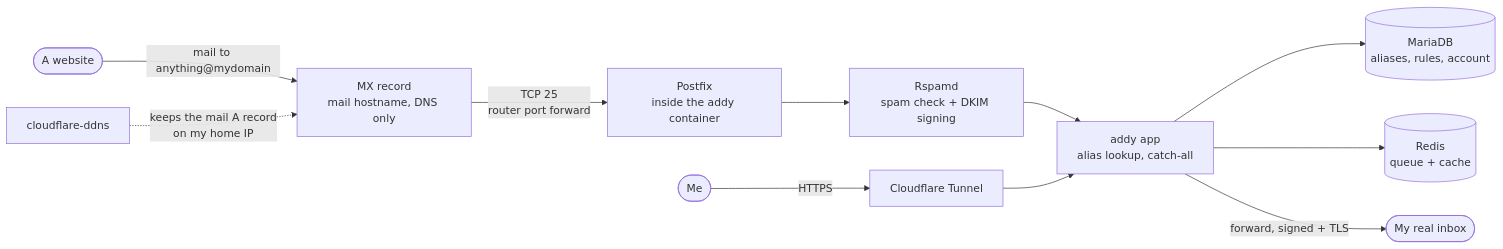
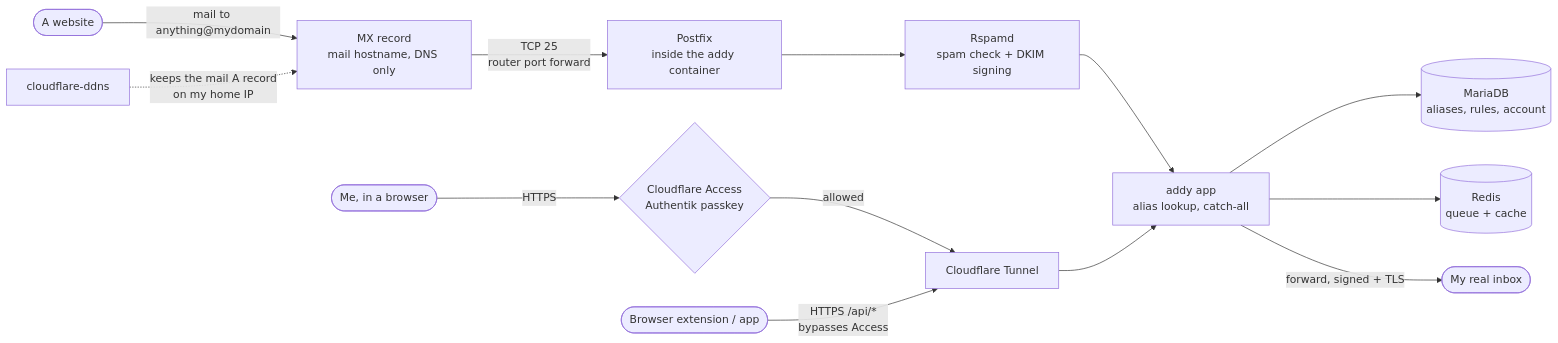
Before and after one commit to Shineori/homelab: the diagram in docs/services/addy.md, drawn with Mermaid. The commit also changed other lines of this file and 16 other files, not shown here.

First line of the commit message:
Backups: 3-2-1 done (PC + iCloud copy), Authentik backed up, 1-year retention; addy behind Cloudflare Access

````diff
--- a/docs/services/addy.md
+++ b/docs/services/addy.md
@@ -25,12 +25,14 @@
 ```mermaid
 flowchart LR
     site([A website]) -- "mail to anything@mydomain" --> mx[MX record<br/>mail hostname, DNS only]
     mx -- "TCP 25<br/>router port forward" --> pf[Postfix<br/>inside the addy container]
     pf --> rs[Rspamd<br/>spam check + DKIM signing]
     rs --> app[addy app<br/>alias lookup, catch-all]
     app --> db[(MariaDB<br/>aliases, rules, account)]
     app --> redis[(Redis<br/>queue + cache)]
     app -- "forward, signed + TLS" --> inbox([My real inbox])
-    me([Me]) -- "HTTPS" --> cf[Cloudflare Tunnel] --> app
+    me([Me, in a browser]) -- "HTTPS" --> acc{Cloudflare Access<br/>Authentik passkey}
+    acc -- "allowed" --> cf[Cloudflare Tunnel] --> app
+    ext([Browser extension / app]) -- "HTTPS /api/*<br/>bypasses Access" --> cf
     ddns[cloudflare-ddns] -. "keeps the mail A record<br/>on my home IP" .-> mx
 ```
````
